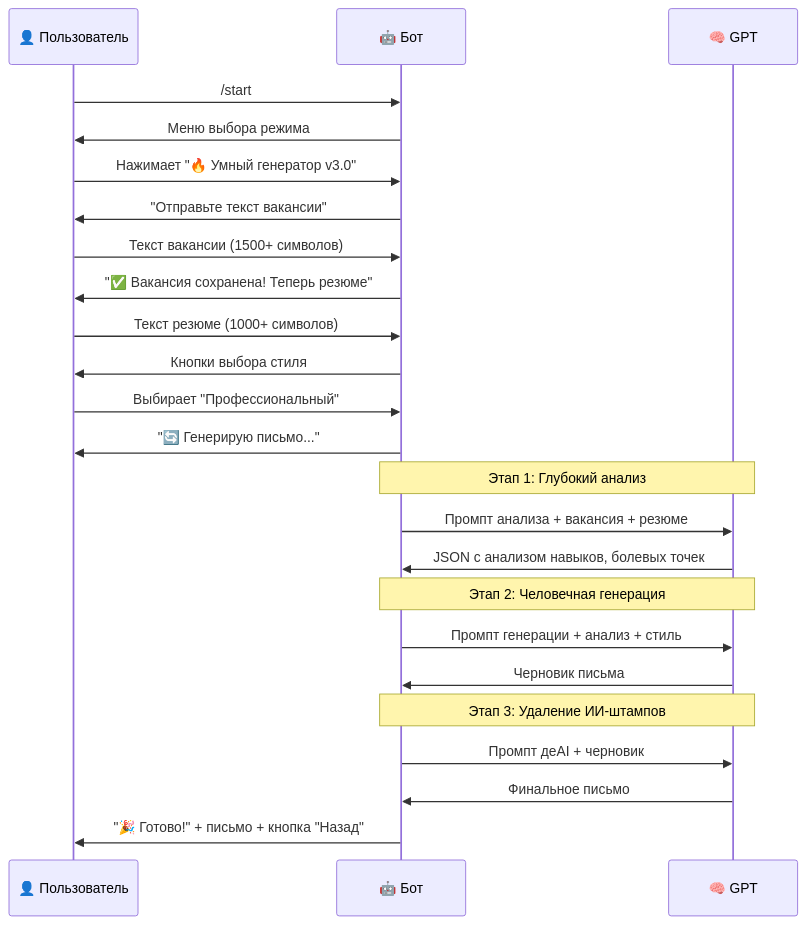
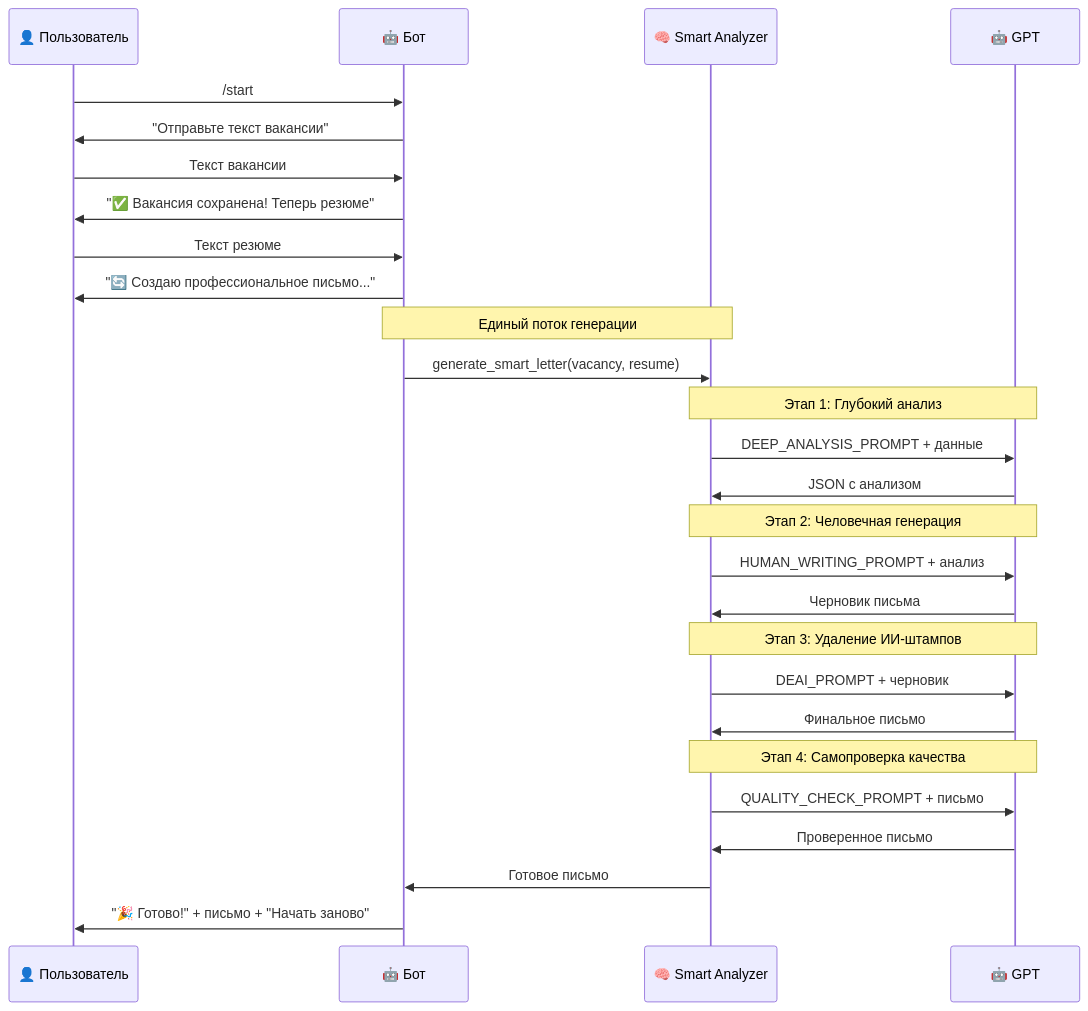
Before and after one commit to shoodyakoff/soprovd: the diagram in BOT_ARCHITECTURE.md, drawn with Mermaid. The commit also changed other lines of this file and 5 other files, not shown here.

````diff
--- a/BOT_ARCHITECTURE.md
+++ b/BOT_ARCHITECTURE.md
@@ -65,34 +58,38 @@
 ```mermaid
 sequenceDiagram
     participant U as 👤 Пользователь
     participant B as 🤖 Бот
-    participant G as 🧠 GPT
+    participant S as 🧠 Smart Analyzer
+    participant G as 🤖 GPT
 
     U->>B: /start
-    B->>U: Меню выбора режима
-    U->>B: Нажимает "🔥 Умный генератор v3.0"
+    B->>U: "Отправьте текст вакансии"
     
-    B->>U: "Отправьте текст вакансии"
-    U->>B: Текст вакансии (1500+ символов)
+    U->>B: Текст вакансии
     B->>U: "✅ Вакансия сохранена! Теперь резюме"
     
-    U->>B: Текст резюме (1000+ символов)  
-    B->>U: Кнопки выбора стиля
-    U->>B: Выбирает "Профессиональный"
+    U->>B: Текст резюме
+    B->>U: "🔄 Создаю профессиональное письмо..."
     
-    B->>U: "🔄 Генерирую письмо..."
+    Note over B,S: Единый поток генерации
+    B->>S: generate_smart_letter(vacancy, resume)
     
-    Note over B,G: Этап 1: Глубокий анализ
-    B->>G: Промпт анализа + вакансия + резюме
-    G->>B: JSON с анализом навыков, болевых точек
+    Note over S,G: Этап 1: Глубокий анализ
+    S->>G: DEEP_ANALYSIS_PROMPT + данные
+    G->>S: JSON с анализом
     
-    Note over B,G: Этап 2: Человечная генерация  
-    B->>G: Промпт генерации + анализ + стиль
-    G->>B: Черновик письма
+    Note over S,G: Этап 2: Человечная генерация  
+    S->>G: HUMAN_WRITING_PROMPT + анализ
+    G->>S: Черновик письма
     
-    Note over B,G: Этап 3: Удаление ИИ-штампов
-    B->>G: Промпт деAI + черновик
-    G->>B: Финальное письмо
+    Note over S,G: Этап 3: Удаление ИИ-штампов
+    S->>G: DEAI_PROMPT + черновик
+    G->>S: Финальное письмо
     
-    B->>U: "🎉 Готово!" + письмо + кнопка "Назад"
+    Note over S,G: Этап 4: Самопроверка качества
+    S->>G: QUALITY_CHECK_PROMPT + письмо
+    G->>S: Проверенное письмо
+    
+    S->>B: Готовое письмо
+    B->>U: "🎉 Готово!" + письмо + "Начать заново"
 ```
````
